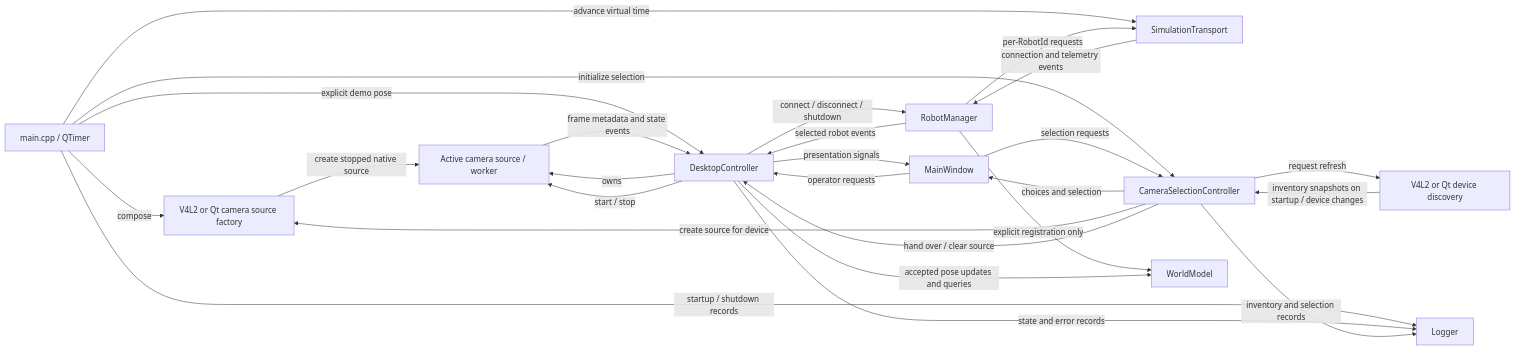
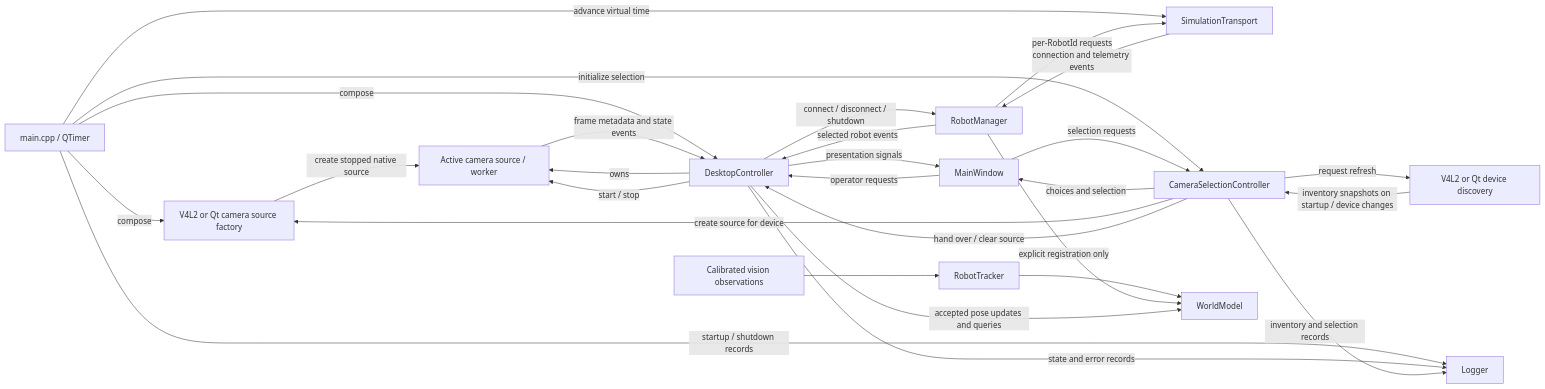
One commit to Krzys2002/Mini_Robot changed the diagram in Mini_Robot/docs/overview/architecture.md. Above: the diagram before and after it, drawn with Mermaid. The commit also changed 11 other files, not shown here.

````diff
--- a/Mini_Robot/docs/overview/architecture.md
+++ b/Mini_Robot/docs/overview/architecture.md
@@ -101,28 +101,30 @@
 ```mermaid
 flowchart LR
     Main[main.cpp / QTimer] -->|compose| Factory[V4L2 or Qt camera source factory]
     Factory -->|create stopped native source| Camera[Active camera source / worker]
     Main -->|advance virtual time| Transport[SimulationTransport]
     Main -->|initialize selection| Selection[CameraSelectionController]
     Selection -->|request refresh| Discovery[V4L2 or Qt device discovery]
     Discovery -->|inventory snapshots on startup / device changes| Selection
     Selection -->|choices and selection| UI[MainWindow]
     UI -->|selection requests| Selection
     Selection -->|create source for device| Factory
     Selection -->|hand over / clear source| Controller
-    Main -->|explicit demo pose| Controller[DesktopController]
+    Main -->|compose| Controller[DesktopController]
+    Vision[Calibrated vision observations] --> Tracker[RobotTracker]
+    Tracker --> World[WorldModel]
     Controller -->|owns| Camera
     Camera -->|frame metadata and state events| Controller
     Transport -->|connection and telemetry events| Manager[RobotManager]
     Manager -->|selected robot events| Controller
     UI -->|operator requests| Controller
     Controller -->|start / stop| Camera
     Controller -->|connect / disconnect / shutdown| Manager
     Manager -->|per-RobotId requests| Transport
     Manager -->|explicit registration only| World
     Controller -->|accepted pose updates and queries| World[WorldModel]
     Controller -->|presentation signals| UI
     Main -->|startup / shutdown records| Log[Logger]
     Controller -->|state and error records| Log
     Selection -->|inventory and selection records| Log
 ```
````
